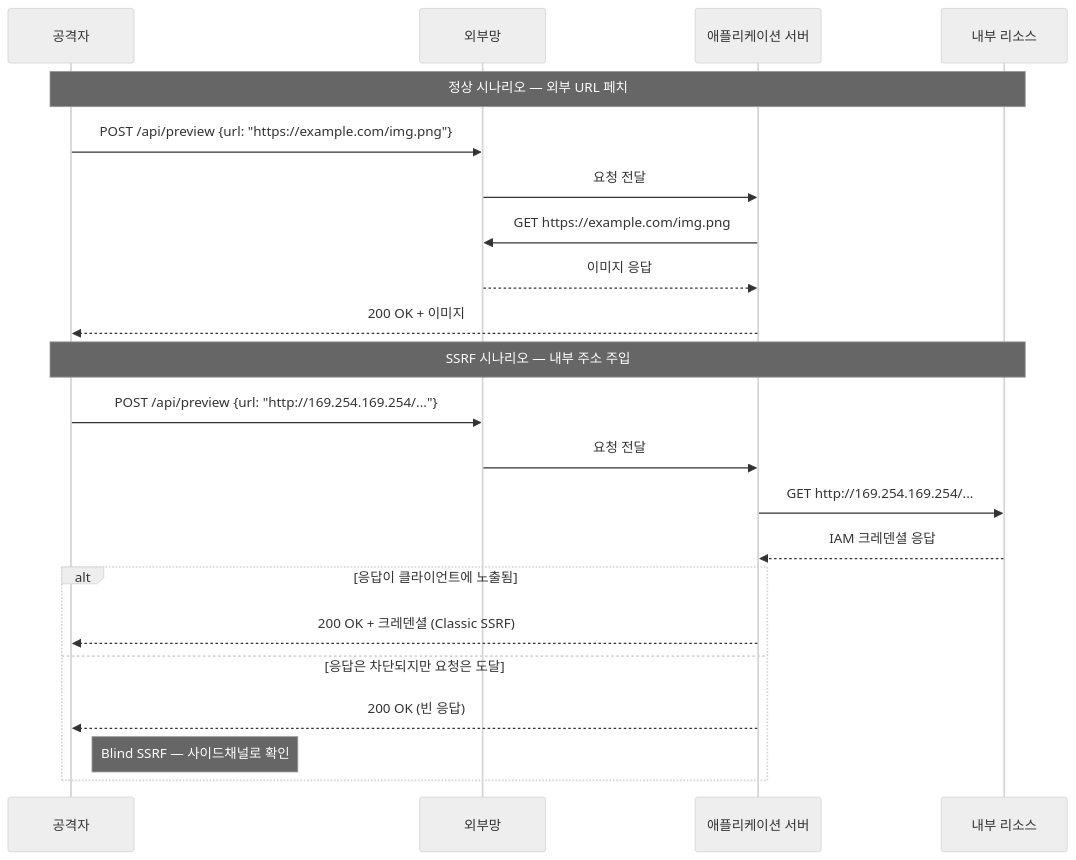
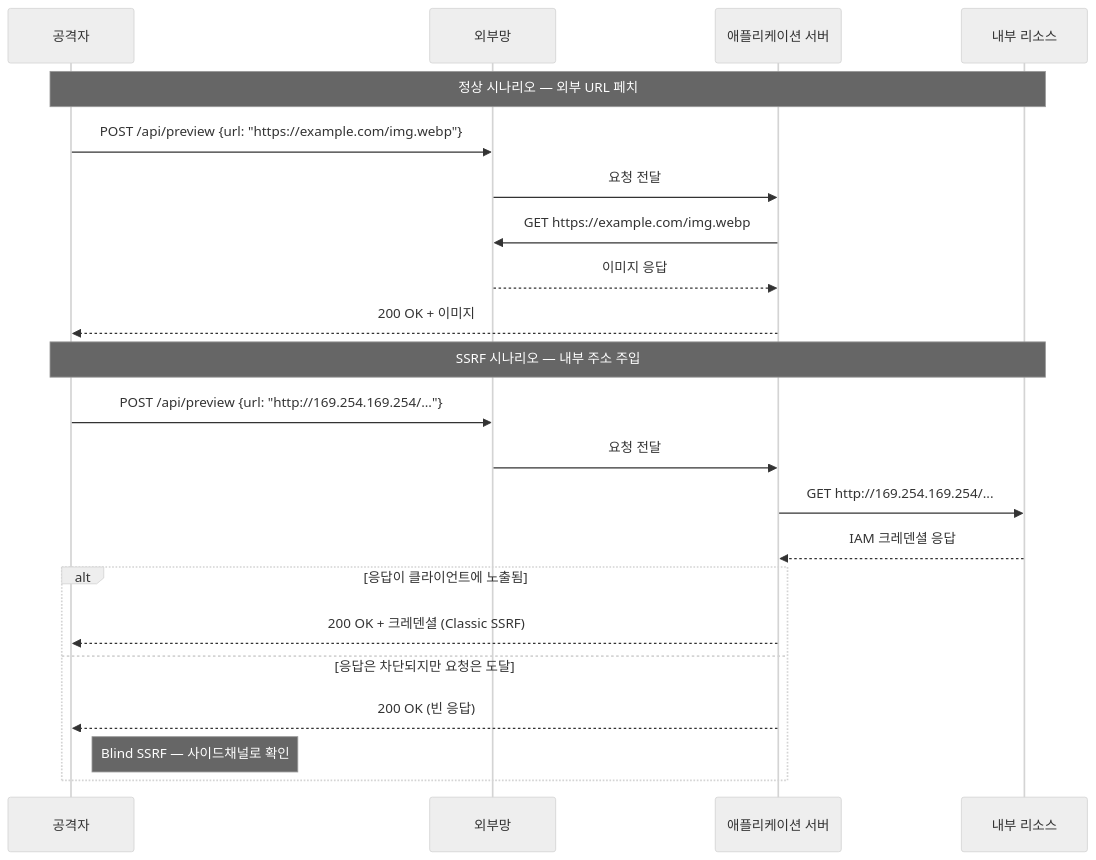
One commit to GYUTORY/YGSTUDY changed the first of 2 diagrams in Develop/Security/SSRF.md. Above: the diagram before and after it, drawn with Mermaid (neutral theme). The commit also changed 513 other files, not shown here.

````diff
--- a/Develop/Security/SSRF.md
+++ b/Develop/Security/SSRF.md
@@ -21,26 +21,26 @@
 ```mermaid
 sequenceDiagram
     participant 공격자
     participant 외부망
     participant 애플리케이션 서버
     participant 내부 리소스
 
     Note over 공격자, 내부 리소스: 정상 시나리오 — 외부 URL 페치
-    공격자->>외부망: POST /api/preview {url: "https://example.com/img.png"}
+    공격자->>외부망: POST /api/preview {url: "https://example.com/img.webp"}
     외부망->>애플리케이션 서버: 요청 전달
-    애플리케이션 서버->>외부망: GET https://example.com/img.png
+    애플리케이션 서버->>외부망: GET https://example.com/img.webp
     외부망-->>애플리케이션 서버: 이미지 응답
     애플리케이션 서버-->>공격자: 200 OK + 이미지
 
     Note over 공격자, 내부 리소스: SSRF 시나리오 — 내부 주소 주입
     공격자->>외부망: POST /api/preview {url: "http://169.254.169.254/..."}
     외부망->>애플리케이션 서버: 요청 전달
     애플리케이션 서버->>내부 리소스: GET http://169.254.169.254/...
     내부 리소스-->>애플리케이션 서버: IAM 크레덴셜 응답
     alt 응답이 클라이언트에 노출됨
         애플리케이션 서버-->>공격자: 200 OK + 크레덴셜 (Classic SSRF)
     else 응답은 차단되지만 요청은 도달
         애플리케이션 서버-->>공격자: 200 OK (빈 응답)
         Note right of 공격자: Blind SSRF — 사이드채널로 확인
     end
 ```
````
